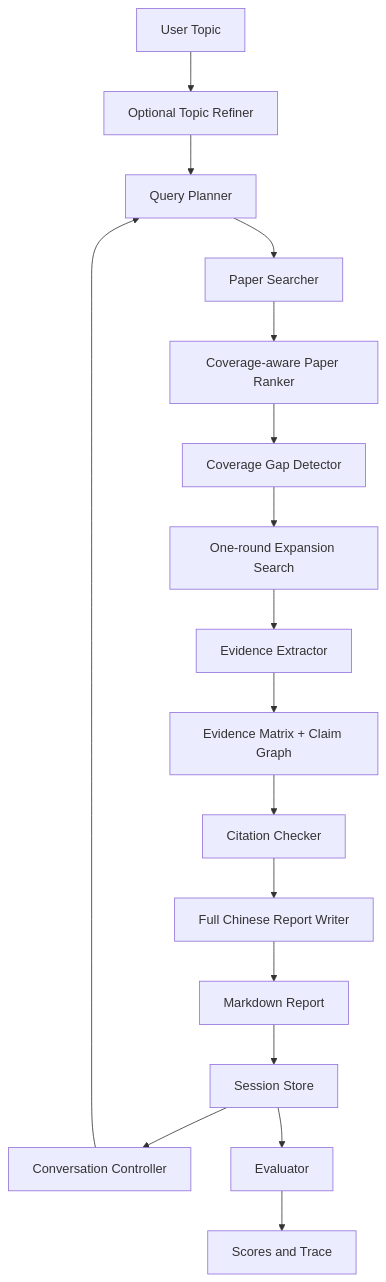
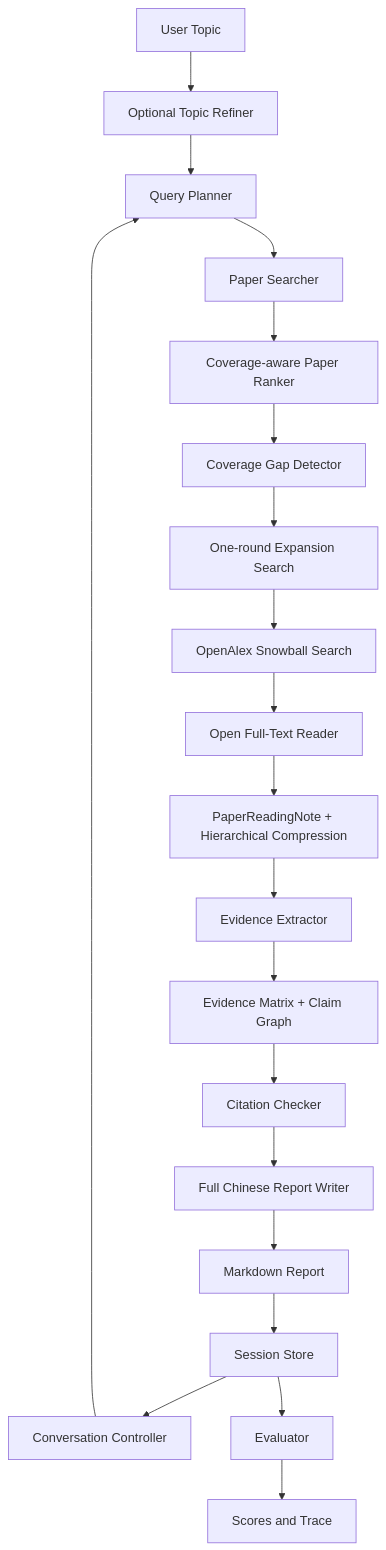
Before and after one commit to xinyizhiren/cs599-project: the first of 2 diagrams in docs/architecture_spec.md, drawn with Mermaid. The commit also changed other lines of this file and 25 other files, not shown here.

````diff
--- a/docs/architecture_spec.md
+++ b/docs/architecture_spec.md
@@ -39,19 +39,22 @@
 ```mermaid
 flowchart TD
     A["User Topic"] --> R["Optional Topic Refiner"]
     R --> B["Query Planner"]
     B --> C["Paper Searcher"]
     C --> D["Coverage-aware Paper Ranker"]
     D --> E["Coverage Gap Detector"]
     E --> F["One-round Expansion Search"]
-    F --> G["Evidence Extractor"]
+    F --> SB["OpenAlex Snowball Search"]
+    SB --> FT["Open Full-Text Reader"]
+    FT --> RN["PaperReadingNote + Hierarchical Compression"]
+    RN --> G["Evidence Extractor"]
     G --> H["Evidence Matrix + Claim Graph"]
     H --> I["Citation Checker"]
     I --> K["Full Chinese Report Writer"]
     K --> L["Markdown Report"]
     L --> S["Session Store"]
     S --> Cn["Conversation Controller"]
     Cn --> B
     S --> M["Evaluator"]
     M --> N["Scores and Trace"]
 ```
````
